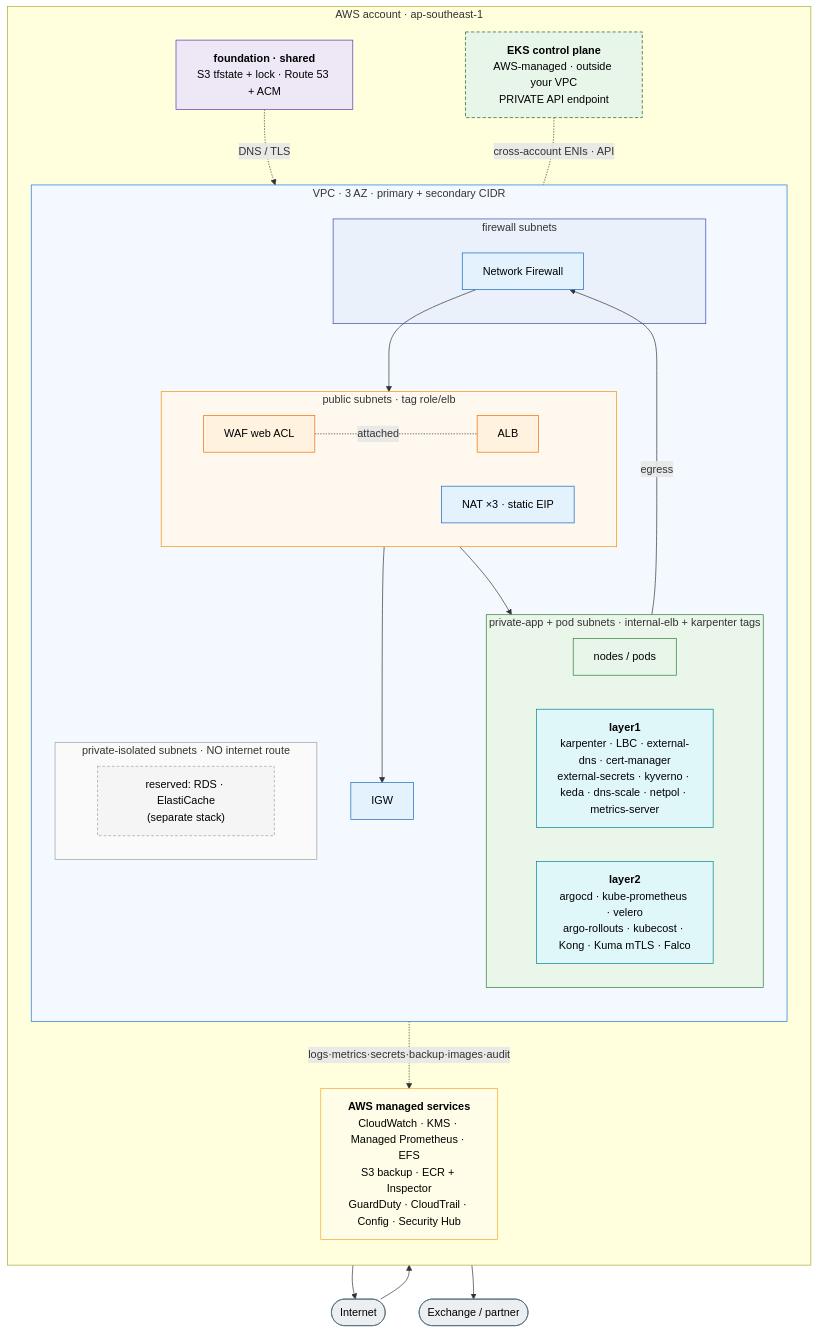
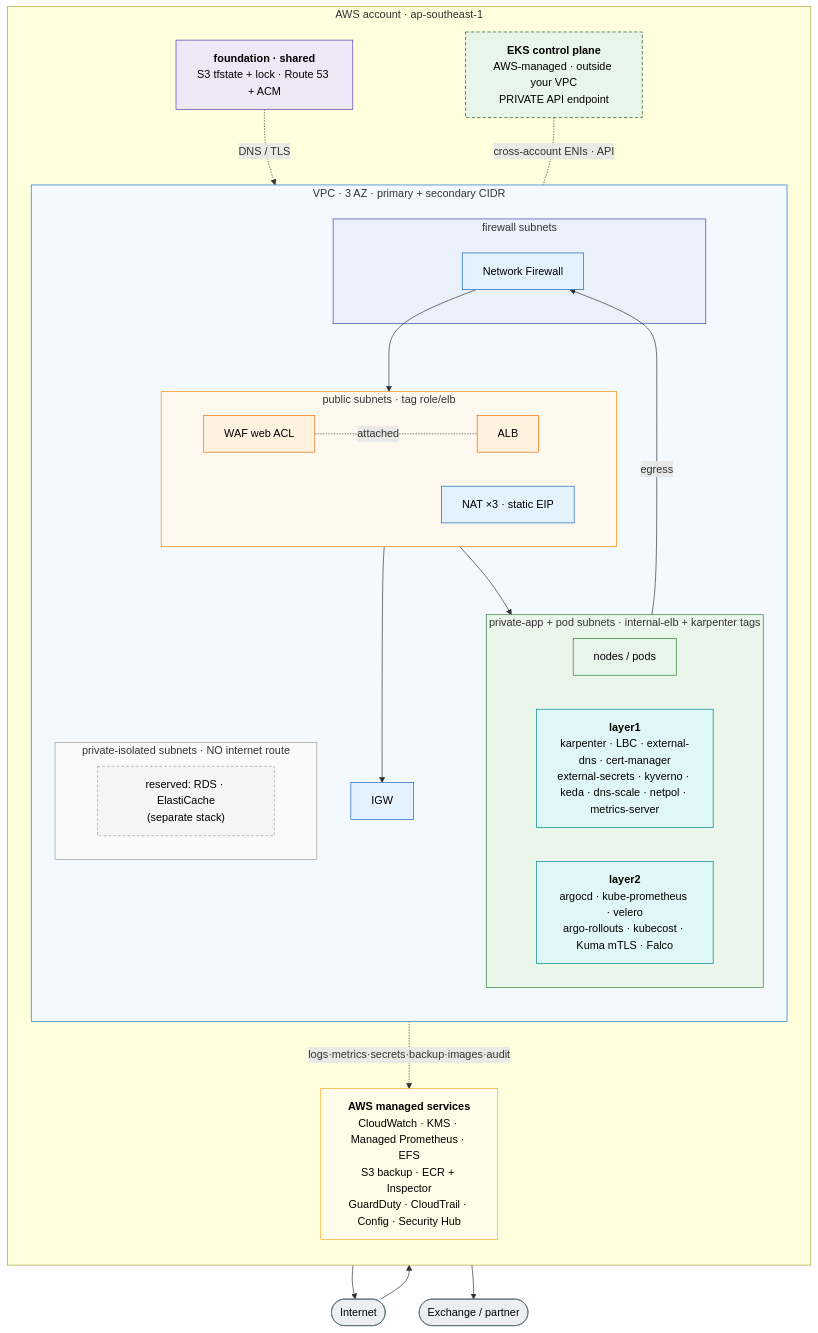
The third of 3 diagrams in eks/docs/ARCHITECTURE.md (trongnvv/aws-iac), drawn with Mermaid before and after one commit. The commit also changed 17 other files, not shown here.

````diff
--- a/eks/docs/ARCHITECTURE.md
+++ b/eks/docs/ARCHITECTURE.md
@@ -142,55 +142,55 @@
 ```mermaid
 flowchart TB
   internet([Internet]):::ext
   partner([Exchange / partner]):::ext
   subgraph acct["AWS account · ap-southeast-1"]
     direction TB
     found["<b>foundation · shared</b><br/>S3 tfstate + lock · Route 53 + ACM"]:::fnd
     cpane["<b>EKS control plane</b><br/>AWS-managed · outside your VPC<br/>PRIVATE API endpoint"]:::mgmt
     subgraph vpc["VPC · 3 AZ · primary + secondary CIDR"]
       direction TB
       igw["IGW"]:::net
       subgraph pub["public subnets · tag role/elb"]
         direction LR
         alb["ALB"]:::edge
         waf["WAF web ACL"]:::edge
         nat["NAT ×3 · static EIP"]:::net
       end
       subgraph fw["firewall subnets"]
         nfw["Network Firewall"]:::net
       end
       subgraph app["private-app + pod subnets · internal-elb + karpenter tags"]
         direction LR
         nodes["nodes / pods"]:::eks
         l1["<b>layer1</b><br/>karpenter · LBC · external-dns · cert-manager<br/>external-secrets · kyverno · keda · dns-scale · netpol · metrics-server"]:::add
-        l2["<b>layer2</b><br/>argocd · kube-prometheus · velero<br/>argo-rollouts · kubecost · Kong · Kuma mTLS · Falco"]:::add
+        l2["<b>layer2</b><br/>argocd · kube-prometheus · velero<br/>argo-rollouts · kubecost · Kuma mTLS · Falco"]:::add
       end
       subgraph iso["private-isolated subnets · NO internet route"]
         isod["reserved: RDS · ElastiCache<br/>(separate stack)"]:::iso
       end
     end
     svc["<b>AWS managed services</b><br/>CloudWatch · KMS · Managed Prometheus · EFS<br/>S3 backup · ECR + Inspector<br/>GuardDuty · CloudTrail · Config · Security Hub"]:::svc
   end
   internet --> alb --> nodes
   waf -. attached .- alb
   found -. DNS / TLS .-> alb
   cpane -. cross-account ENIs · API .- nodes
   nodes -->|egress| nfw --> nat --> igw --> internet
   nat --> partner
   nodes -. logs·metrics·secrets·backup·images·audit .-> svc
 
   classDef ext fill:#eceff1,stroke:#546e7a,color:#000
   classDef fnd fill:#ede7f6,stroke:#5e35b1,color:#000
   classDef mgmt fill:#e8f5e9,stroke:#1b5e20,stroke-dasharray:5 3,color:#000
   classDef net fill:#e3f2fd,stroke:#1565c0,color:#000
   classDef edge fill:#fff3e0,stroke:#ef6c00,color:#000
   classDef eks fill:#e8f5e9,stroke:#2e7d32,color:#000
   classDef add fill:#e0f7fa,stroke:#00838f,color:#000
   classDef svc fill:#fffde7,stroke:#f9a825,color:#000
   classDef iso fill:#f5f5f5,stroke:#9e9e9e,stroke-dasharray:4 3,color:#000
   style vpc fill:#f4f9ff,stroke:#1976d2
   style pub fill:#fff8ef,stroke:#fb8c00
   style fw fill:#eaf1fb,stroke:#3949ab
   style app fill:#eaf6ea,stroke:#2e7d32
   style iso fill:#fafafa,stroke:#9e9e9e
 ```
````
